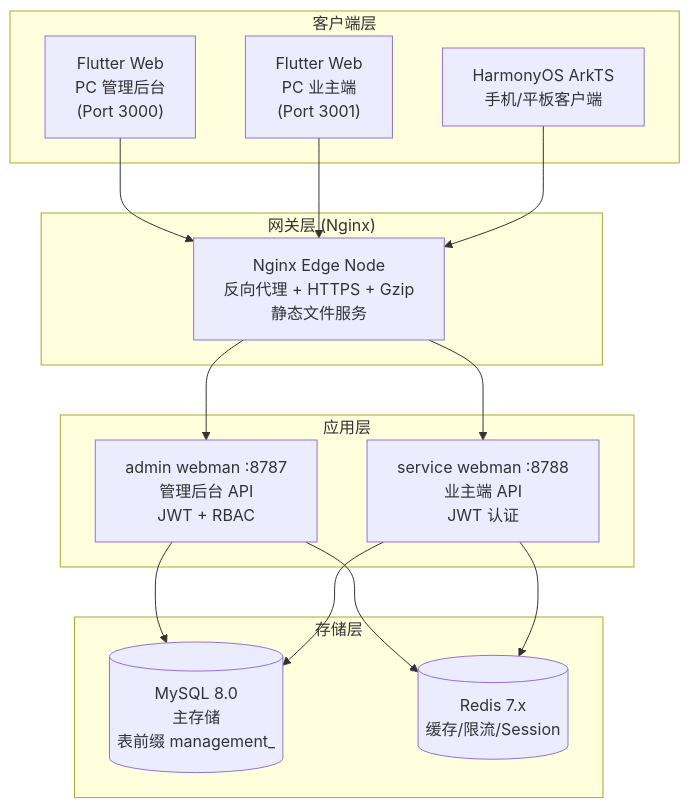
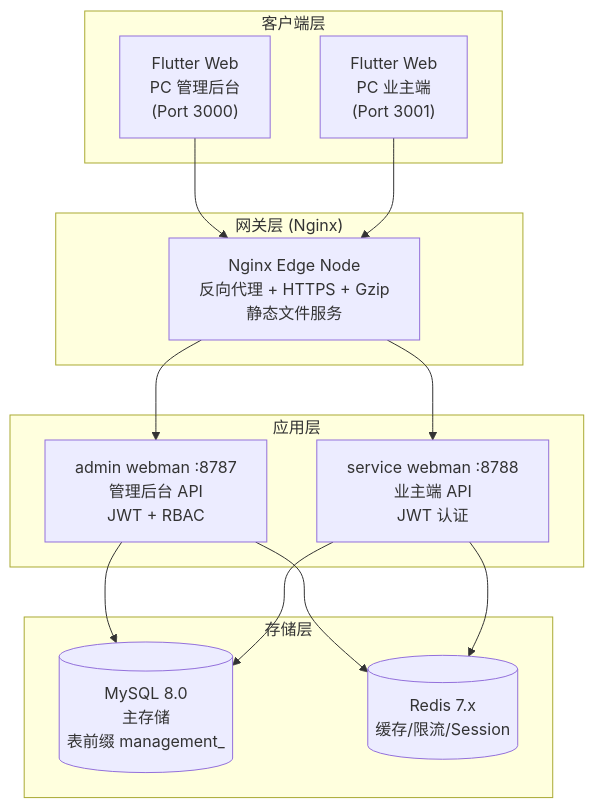
The first of 10 diagrams in docs/ARCHITECTURE.md (erikwang2013/property-management-platform), drawn with Mermaid before and after one commit. The commit also changed 704 other files, not shown here.

Commit message:
文档：仅保留中英文 README，清理已移除功能与过时图片

````diff
--- a/docs/ARCHITECTURE.md
+++ b/docs/ARCHITECTURE.md
@@ -11,26 +11,25 @@
 ```mermaid
 flowchart TB
     subgraph "客户端层"
         A1["Flutter Web<br/>PC 管理后台<br/>(Port 3000)"]
         A2["Flutter Web<br/>PC 业主端<br/>(Port 3001)"]
-        A3["HarmonyOS ArkTS<br/>手机/平板客户端"]
     end
 
     subgraph "网关层 (Nginx)"
         B1["Nginx Edge Node<br/>反向代理 + HTTPS + Gzip<br/>静态文件服务"]
     end
 
     subgraph "应用层"
         C1["admin webman :8787<br/>管理后台 API<br/>JWT + RBAC"]
         C2["service webman :8788<br/>业主端 API<br/>JWT 认证"]
     end
 
     subgraph "存储层"
         D1[("MySQL 8.0<br/>主存储<br/>表前缀 management_")]
         D3[("Redis 7.x<br/>缓存/限流/Session")]
     end
 
-    A1 & A2 & A3 --> B1
+    A1 & A2 --> B1
     B1 --> C1 & C2
     C1 & C2 --> D1 & D3
 ```
````
